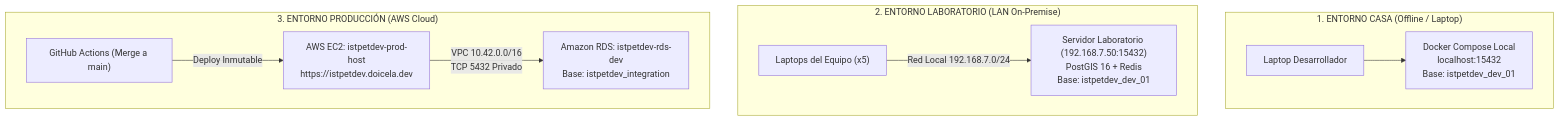
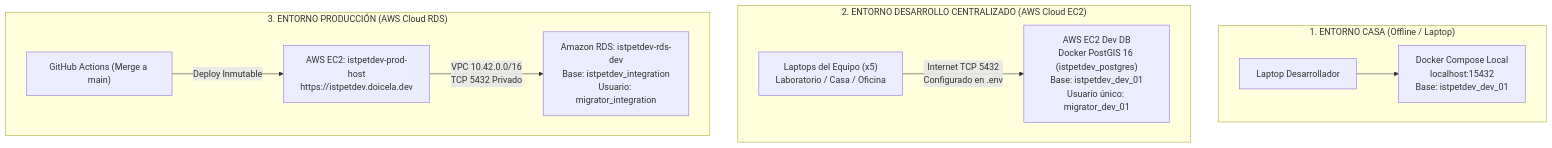
One commit to bryancito1090/istpetdev-platform changed the first of 2 diagrams in docs/boveda/03 Arquitectura/Estrategia de tres entornos y base de datos.md. Above: the diagram before and after it, drawn with Mermaid. The commit also changed other lines of this file and 20 other files, not shown here.

Commit message:
chore(ops): centralizar db de desarrollo en .env y blindar appsettings en gitignore

````diff
--- a/docs/boveda/03 Arquitectura/Estrategia de tres entornos y base de datos.md
+++ b/docs/boveda/03 Arquitectura/Estrategia de tres entornos y base de datos.md
@@ -20,15 +20,15 @@
 ```mermaid
 flowchart TD
     subgraph Amb1 ["1. ENTORNO CASA (Offline / Laptop)"]
         LaptopA["Laptop Desarrollador"] --> LocalDocker["Docker Compose Local<br>localhost:15432<br>Base: istpetdev_dev_01"]
     end
 
-    subgraph Amb2 ["2. ENTORNO LABORATORIO (LAN On-Premise)"]
-        EquipoLab["Laptops del Equipo (x5)"] -->|Red Local 192.168.7.0/24| ServidorLab["Servidor Laboratorio (192.168.7.50:15432)<br>PostGIS 16 + Redis<br>Base: istpetdev_dev_01"]
+    subgraph Amb2 ["2. ENTORNO DESARROLLO CENTRALIZADO (AWS Cloud EC2)"]
+        EquipoRemoto["Laptops del Equipo (x5)<br>Laboratorio / Casa / Oficina"] -->|Internet TCP 5432<br>Configurado en .env| EC2DevDB["AWS EC2 Dev DB<br>Docker PostGIS 16 (istpetdev_postgres)<br>Base: istpetdev_dev_01<br>Usuario único: migrator_dev_01"]
     end
 
-    subgraph Amb3 ["3. ENTORNO PRODUCCIÓN (AWS Cloud)"]
+    subgraph Amb3 ["3. ENTORNO PRODUCCIÓN (AWS Cloud RDS)"]
         GitMain["GitHub Actions (Merge a main)"] -->|Deploy Inmutable| EC2Prod["AWS EC2: istpetdev-prod-host<br>https://istpetdev.doicela.dev"]
-        EC2Prod -->|VPC 10.42.0.0/16<br>TCP 5432 Privado| RDSProd["Amazon RDS: istpetdev-rds-dev<br>Base: istpetdev_integration"]
+        EC2Prod -->|VPC 10.42.0.0/16<br>TCP 5432 Privado| RDSProd["Amazon RDS: istpetdev-rds-dev<br>Base: istpetdev_integration<br>Usuario: migrator_integration"]
     end
 ```
````
